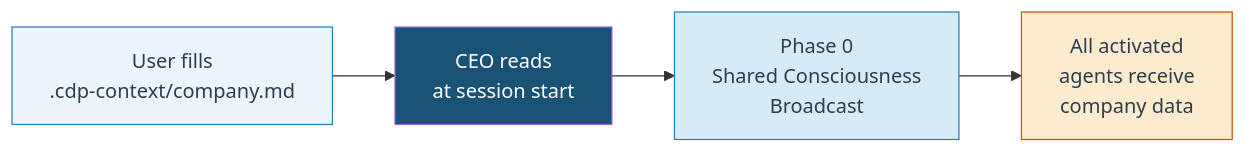
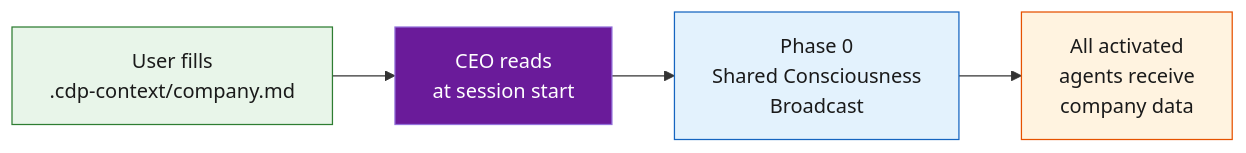
The fifth of 8 diagrams in docs/README.md (apatheticus/corporate-decision-panel), drawn with Mermaid before and after one commit. The commit also changed other lines of this file and 6 other files, not shown here.

````diff
--- a/docs/README.md
+++ b/docs/README.md
@@ -1430,14 +545,14 @@
 ```mermaid
 flowchart LR
     User["User fills\n.cdp-context/company.md"]
     CEO_Read["CEO reads\nat session start"]
     P0["Phase 0\nShared Consciousness\nBroadcast"]
     Agents["All activated\nagents receive\ncompany data"]
 
     User --> CEO_Read --> P0 --> Agents
 
-    style User fill:#EBF5FB,stroke:#2980B9,color:#2C3E50
-    style CEO_Read fill:#1A5276,color:#fff
-    style P0 fill:#D6EAF8,stroke:#2980B9,color:#2C3E50
-    style Agents fill:#FDEBD0,stroke:#D35400,color:#2C3E50
+    style User fill:#e8f5e9,stroke:#2e7d32,color:#1a1a1a
+    style CEO_Read fill:#6a1b9a,color:#fff
+    style P0 fill:#e3f2fd,stroke:#1565c0,color:#1a1a1a
+    style Agents fill:#fff3e0,stroke:#e65100,color:#1a1a1a
 ```
````
